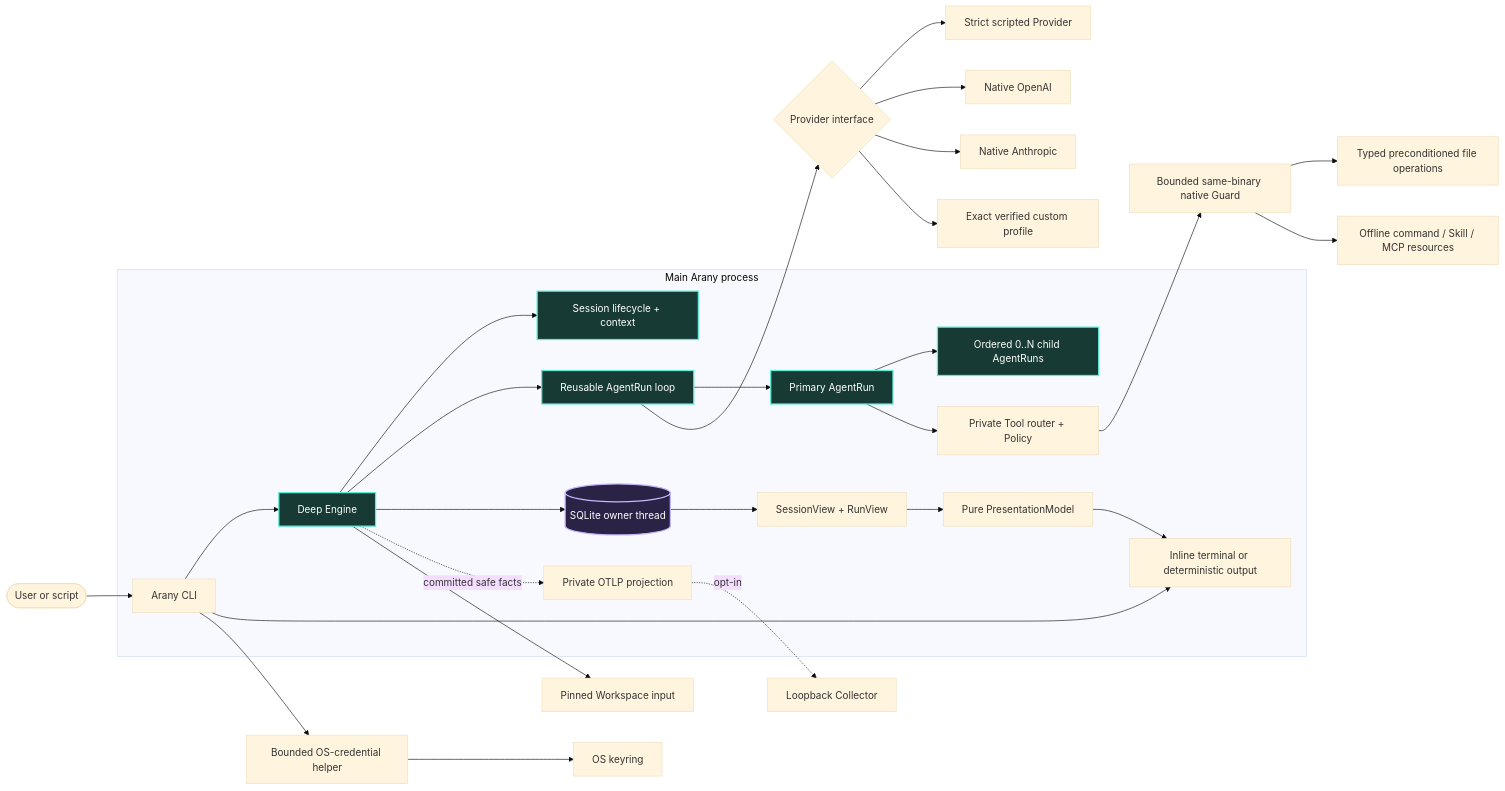
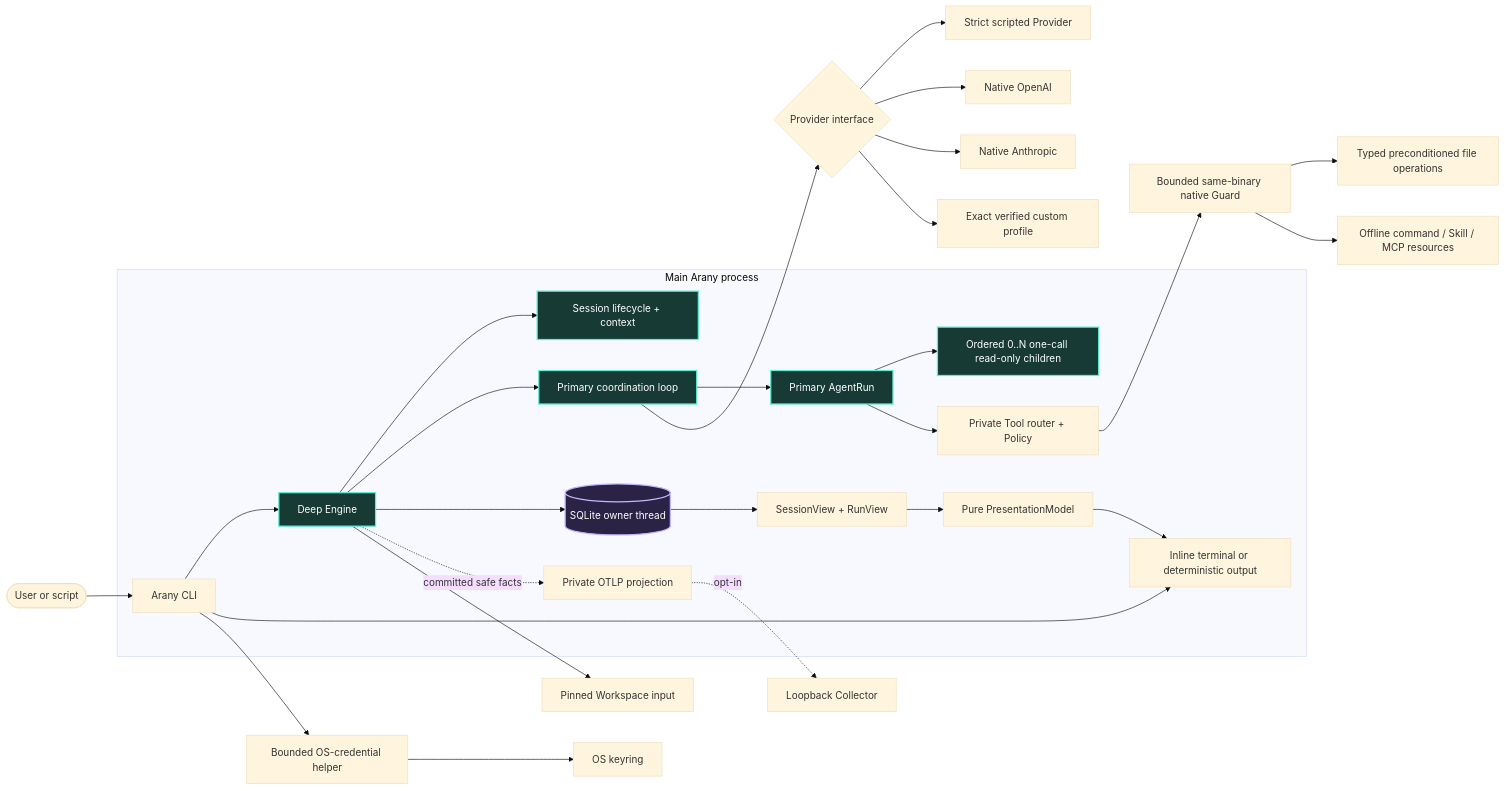
Before and after one commit to fpmirabile/arany: the diagram in docs/architecture/system-overview.md, drawn with Mermaid (base theme). The commit also changed other lines of this file and 74 other files, not shown here.

Commit message:
Code clean. Ponytail. Architecture principles. Updated specs and research.

````diff
--- a/docs/architecture/system-overview.md
+++ b/docs/architecture/system-overview.md
@@ -36,37 +36,37 @@
 ```mermaid
 flowchart LR
     User([User or script]) --> CLI[Arany CLI]
 
     subgraph Process[Main Arany process]
         CLI --> Engine[Deep Engine]
         CLI --> Terminal[Inline terminal or deterministic output]
         Engine --> Session[Session lifecycle + context]
-        Engine --> Loop[Reusable AgentRun loop]
+        Engine --> Loop[Primary coordination loop]
         Loop --> Primary[Primary AgentRun]
-        Primary --> Children[Ordered 0..N child AgentRuns]
+        Primary --> Children[Ordered 0..N one-call read-only children]
         Primary --> Tools[Private Tool router + Policy]
         Engine --> Store[(SQLite owner thread)]
         Store --> Views[SessionView + RunView]
         Views --> Presentation[Pure PresentationModel]
         Presentation --> Terminal
         Engine -. committed safe facts .-> OTLP[Private OTLP projection]
     end
 
     Loop --> Provider{Provider interface}
     Provider --> Fake[Strict scripted Provider]
     Provider --> OpenAI[Native OpenAI]
     Provider --> Anthropic[Native Anthropic]
     Provider --> Custom[Exact verified custom profile]
     Engine --> Workspace[Pinned Workspace input]
     Tools --> Guard[Bounded same-binary native Guard]
     Guard --> Files[Typed preconditioned file operations]
     Guard --> Snapshot[Offline command / Skill / MCP resources]
     OTLP -. opt-in .-> Collector[Loopback Collector]
     CLI --> CredentialHelper[Bounded OS-credential helper]
     CredentialHelper --> Keyring[OS keyring]
 
     classDef deep fill:#173b34,color:#fff,stroke:#5eead4,stroke-width:2px;
     classDef canonical fill:#2b2346,color:#fff,stroke:#c4b5fd,stroke-width:2px;
     class Engine,Session,Loop,Primary,Children deep;
     class Store canonical;
 ```
````
